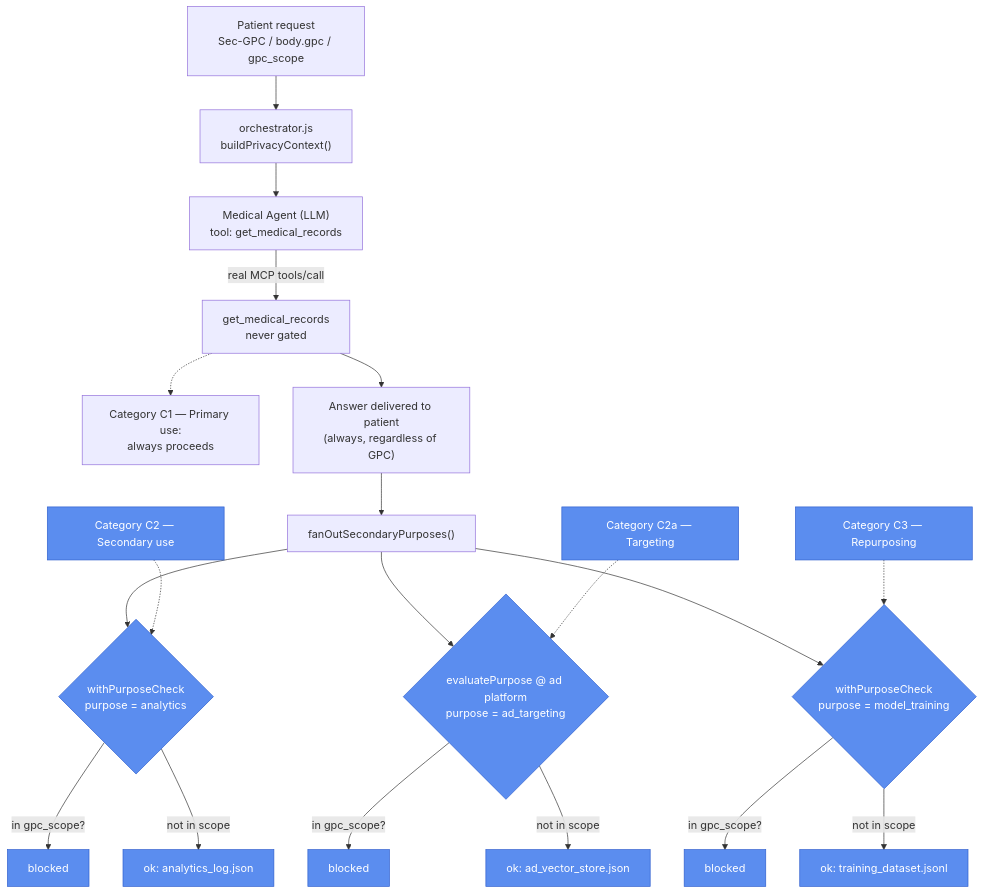
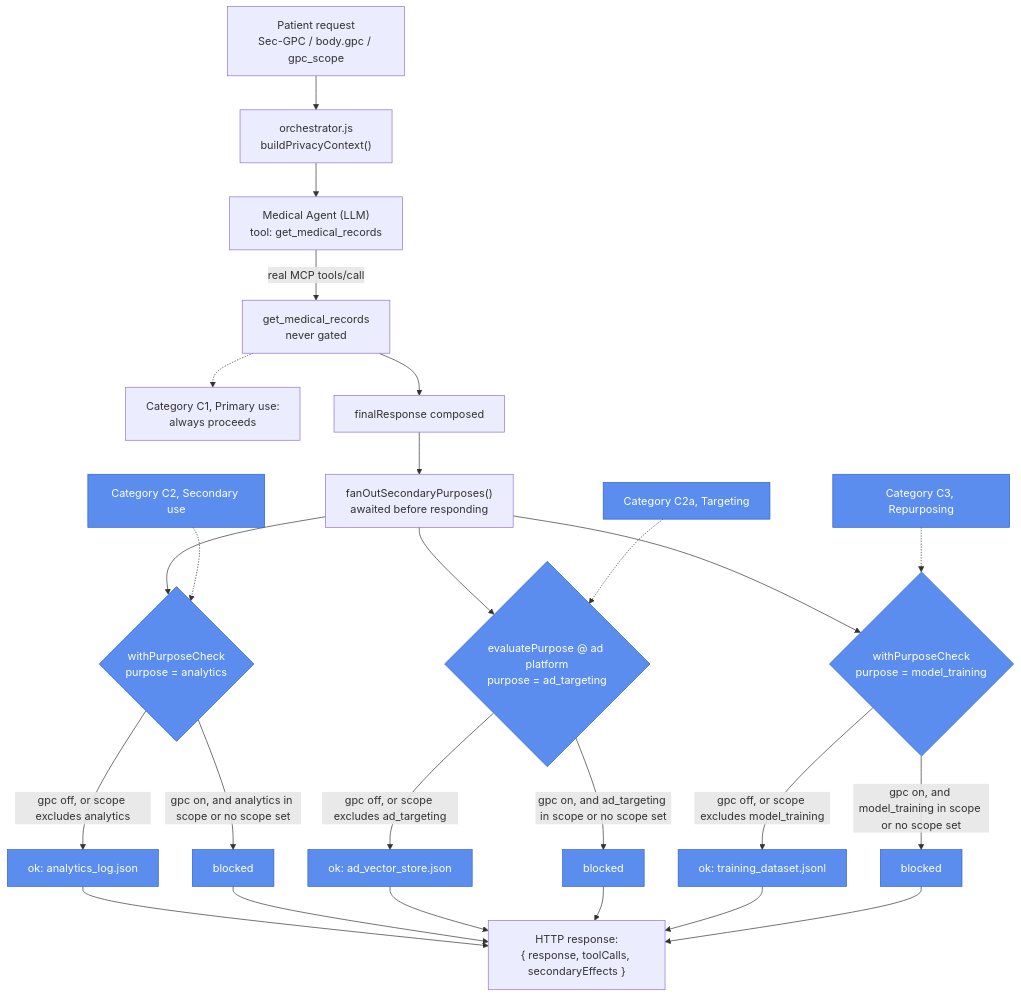
One commit to privacy-tech-lab/gpc-ai-agents-prototypes changed the diagram in prototype-2/README.md. Above: the diagram before and after it, drawn with Mermaid. The commit also changed other lines of this file and 7 other files, not shown here.

Commit message:
modified charts

````diff
--- a/prototype-2/README.md
+++ b/prototype-2/README.md
@@ -26,28 +26,35 @@
 ```mermaid
 flowchart TD
     U["Patient request\nSec-GPC / body.gpc / gpc_scope"] --> O["orchestrator.js\nbuildPrivacyContext()"]
     O --> MA["Medical Agent (LLM)\ntool: get_medical_records"]
     MA -- "real MCP tools/call" --> MR["get_medical_records\nnever gated"]
-    MR -.-> C1["Category C1 — Primary use:\nalways proceeds"]
-    MR --> ANS["Answer delivered to patient\n(always, regardless of GPC)"]
-    ANS --> FO["fanOutSecondaryPurposes()"]
+    MR -.-> C1["Category C1, Primary use:\nalways proceeds"]
+    MR --> RESP["finalResponse composed"]
+    RESP --> FO["fanOutSecondaryPurposes()\nawaited before responding"]
 
     FO --> AN{"withPurposeCheck\npurpose = analytics"}
     FO --> AD{"evaluatePurpose @ ad platform\npurpose = ad_targeting"}
     FO --> TR{"withPurposeCheck\npurpose = model_training"}
 
-    AN -- "in gpc_scope?" --> ANB["blocked"]
-    AN -- "not in scope" --> ANO["ok: analytics_log.json"]
-    AD -- "in gpc_scope?" --> ADB["blocked"]
-    AD -- "not in scope" --> ADO["ok: ad_vector_store.json"]
-    TR -- "in gpc_scope?" --> TRB["blocked"]
-    TR -- "not in scope" --> TRO["ok: training_dataset.jsonl"]
+    AN -- "gpc off, or scope excludes analytics" --> ANO["ok: analytics_log.json"]
+    AN -- "gpc on, and analytics in scope or no scope set" --> ANB["blocked"]
+    AD -- "gpc off, or scope excludes ad_targeting" --> ADO["ok: ad_vector_store.json"]
+    AD -- "gpc on, and ad_targeting in scope or no scope set" --> ADB["blocked"]
+    TR -- "gpc off, or scope excludes model_training" --> TRO["ok: training_dataset.jsonl"]
+    TR -- "gpc on, and model_training in scope or no scope set" --> TRB["blocked"]
+
+    ANO --> ANS["HTTP response:\n{ response, toolCalls, secondaryEffects }"]
+    ANB --> ANS
+    ADO --> ANS
+    ADB --> ANS
+    TRO --> ANS
+    TRB --> ANS
 
     classDef category fill:#5b8def,stroke:#2f5fce,color:#fff
     class AN,ANB,ANO category
     class AD,ADB,ADO category
     class TR,TRB,TRO category
-    C2["Category C2 — Secondary use"]:::category -.-> AN
-    C2a["Category C2a — Targeting"]:::category -.-> AD
-    C3["Category C3 — Repurposing"]:::category -.-> TR
+    C2["Category C2, Secondary use"]:::category -.-> AN
+    C2a["Category C2a, Targeting"]:::category -.-> AD
+    C3["Category C3, Repurposing"]:::category -.-> TR
 ```
````
